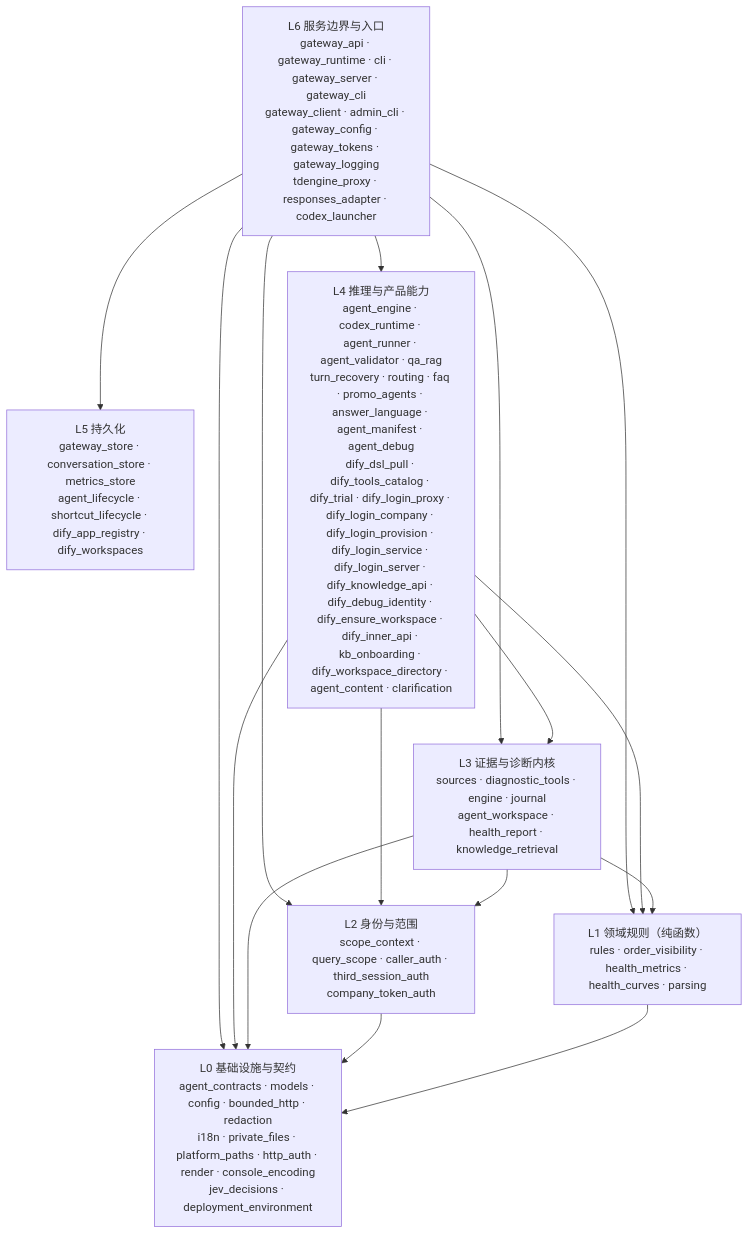
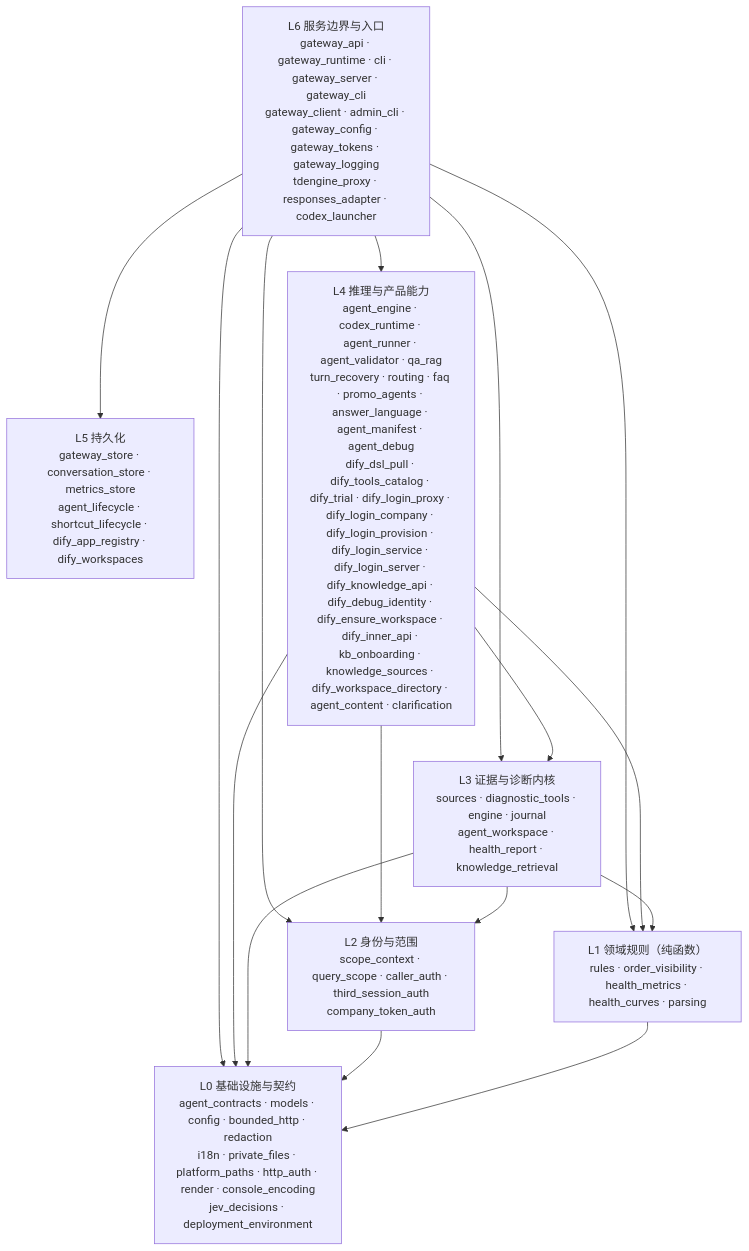
The diagram in README.md (kilbertert/AI-Ops), drawn with Mermaid before and after one commit. The commit also changed other lines of this file and 8 other files, not shown here.

First line of the commit message:
feat(knowledge): 知识源解析收成一处，建完库 Dify 立刻可选（#925）

````diff
--- a/README.md
+++ b/README.md
@@ -183,26 +183,26 @@
 ```mermaid
 flowchart TB
     L6["L6 服务边界与入口<br/>gateway_api · gateway_runtime · cli · gateway_server · gateway_cli<br/>gateway_client · admin_cli · gateway_config · gateway_tokens · gateway_logging<br/>tdengine_proxy · responses_adapter · codex_launcher"]
     L5["L5 持久化<br/>gateway_store · conversation_store · metrics_store<br/>agent_lifecycle · shortcut_lifecycle · dify_app_registry · dify_workspaces"]
-    L4["L4 推理与产品能力<br/>agent_engine · codex_runtime · agent_runner · agent_validator · qa_rag<br/>turn_recovery · routing · faq · promo_agents · answer_language · agent_manifest · agent_debug<br/>dify_dsl_pull · dify_tools_catalog · dify_trial · dify_login_proxy · dify_login_company · dify_login_provision · dify_login_service · dify_login_server · dify_knowledge_api · dify_debug_identity · dify_ensure_workspace · dify_inner_api · kb_onboarding · dify_workspace_directory · agent_content · clarification"]
+    L4["L4 推理与产品能力<br/>agent_engine · codex_runtime · agent_runner · agent_validator · qa_rag<br/>turn_recovery · routing · faq · promo_agents · answer_language · agent_manifest · agent_debug<br/>dify_dsl_pull · dify_tools_catalog · dify_trial · dify_login_proxy · dify_login_company · dify_login_provision · dify_login_service · dify_login_server · dify_knowledge_api · dify_debug_identity · dify_ensure_workspace · dify_inner_api · kb_onboarding · knowledge_sources · dify_workspace_directory · agent_content · clarification"]
     L3["L3 证据与诊断内核<br/>sources · diagnostic_tools · engine · journal<br/>agent_workspace · health_report · knowledge_retrieval"]
     L2["L2 身份与范围<br/>scope_context · query_scope · caller_auth · third_session_auth<br/>company_token_auth"]
     L1["L1 领域规则（纯函数）<br/>rules · order_visibility · health_metrics · health_curves · parsing"]
     L0["L0 基础设施与契约<br/>agent_contracts · models · config · bounded_http · redaction<br/>i18n · private_files · platform_paths · http_auth · render · console_encoding<br/>jev_decisions · deployment_environment"]
 
     L6 --> L5
     L6 --> L4
     L6 --> L3
     L6 --> L2
     L6 --> L1
     L6 --> L0
     L4 --> L3
     L4 --> L2
     L4 --> L1
     L4 --> L0
     L3 --> L2
     L3 --> L1
     L3 --> L0
     L2 --> L0
     L1 --> L0
 ```
````
